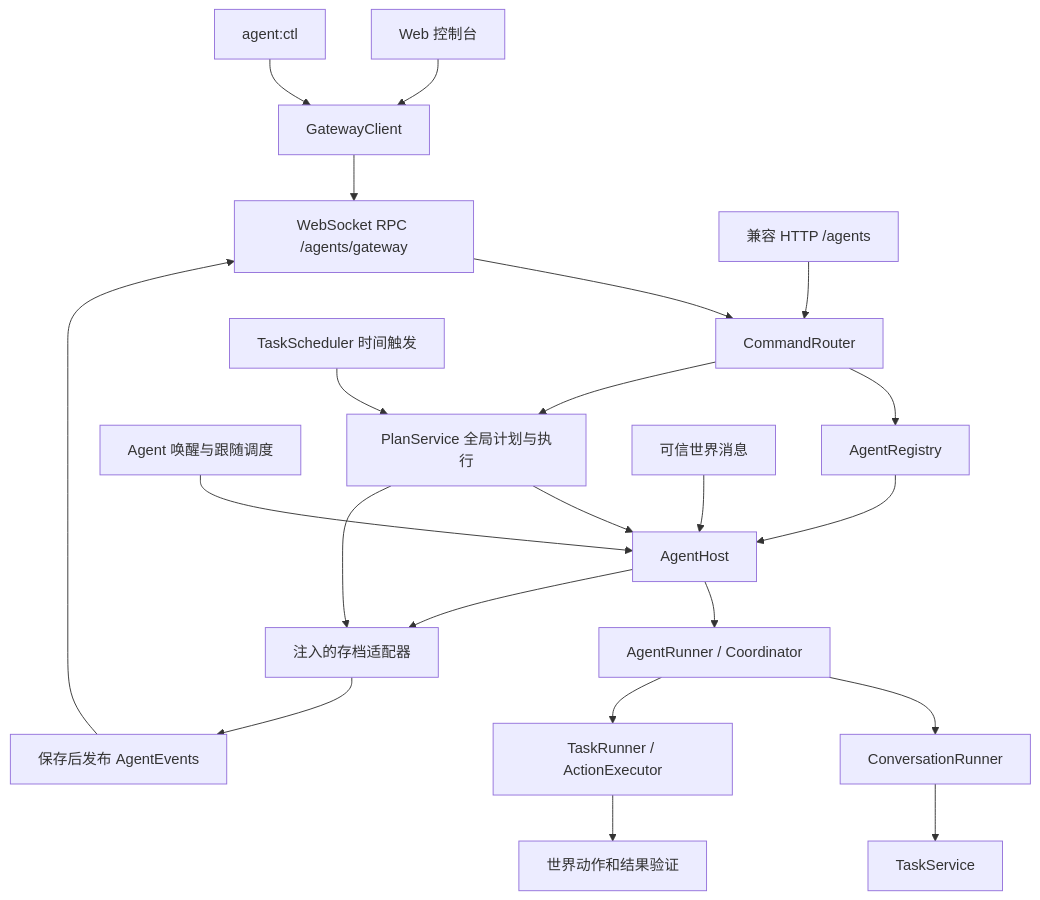
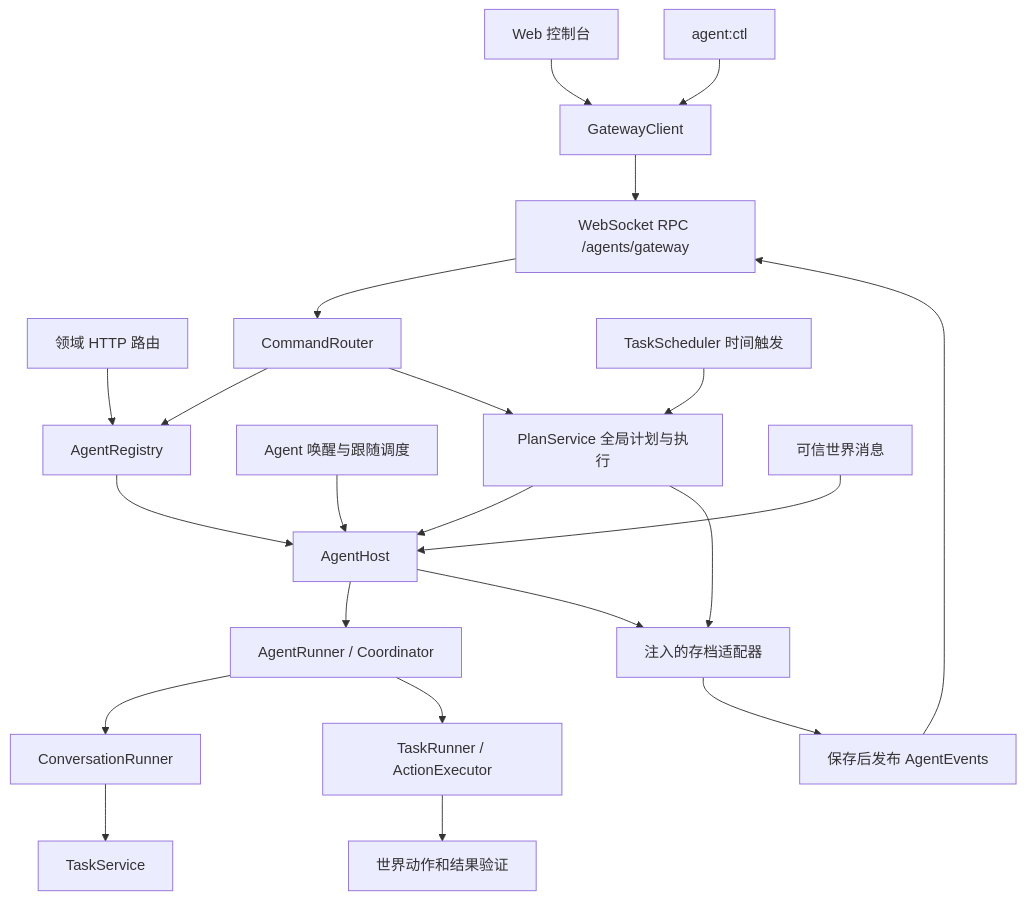
One commit to lulabs-org/agent-voxel-world changed the diagram in docs/AGENT_GATEWAY.md. Above: the diagram before and after it, drawn with Mermaid. The commit also changed other lines of this file and 31 other files, not shown here.

````diff
--- a/docs/AGENT_GATEWAY.md
+++ b/docs/AGENT_GATEWAY.md
@@ -5,24 +5,24 @@
 ```mermaid
 flowchart TD
   Web[Web 控制台] --> Client[GatewayClient]
   CLI[agent:ctl] --> Client
   Client --> RPC[WebSocket RPC /agents/gateway]
-  HTTP[兼容 HTTP /agents] --> Router[CommandRouter]
-  RPC --> Router
+  HTTP[领域 HTTP 路由] --> Registry
+  RPC --> Router[CommandRouter]
   Router --> Registry[AgentRegistry]
   Scheduler[Agent 唤醒与跟随调度] --> Host[AgentHost]
   Router --> Plans[PlanService 全局计划与执行]
   Timer[TaskScheduler 时间触发] --> Plans
   Plans --> Host
   Plans --> Archive
   Registry --> Host
   Host --> Runner[AgentRunner / Coordinator]
   Player[可信世界消息] --> Host
   Runner --> Conversation[ConversationRunner]
   Runner --> Task[TaskRunner / ActionExecutor]
   Conversation --> Rules[TaskService]
   Task --> World[世界动作和结果验证]
   Host --> Archive[注入的存档适配器]
   Archive --> Events[保存后发布 AgentEvents]
   Events --> RPC
 ```
````
